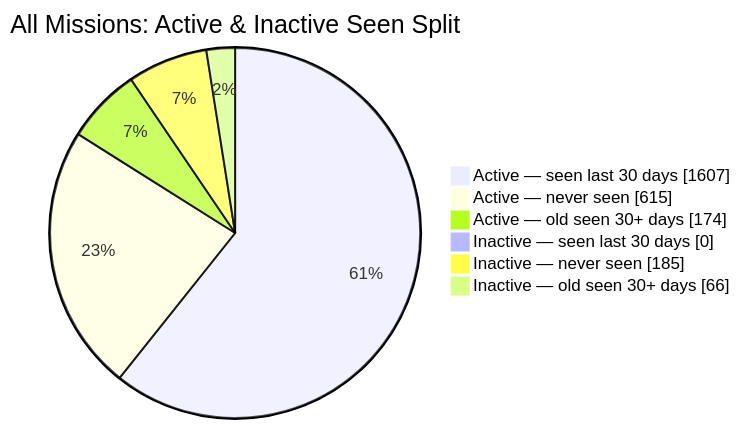
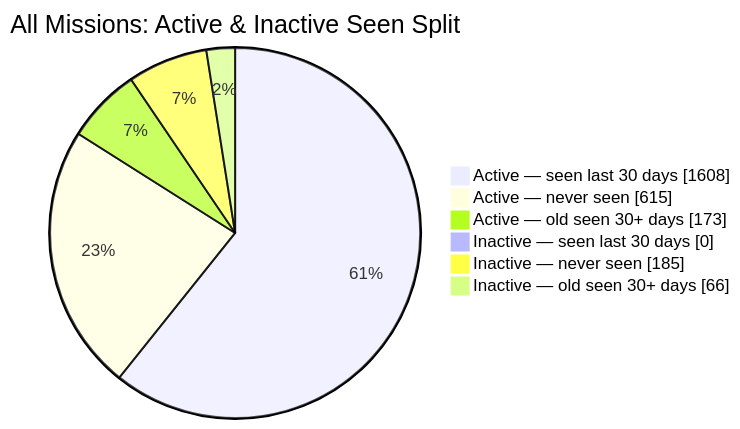
Before and after one commit to MeldkamerspelGameTeam/active-missions: the second of 2 diagrams in README.md, drawn with Mermaid. The commit also changed other lines of this file and 3 other files, not shown here.

````diff
--- a/README.md
+++ b/README.md
@@ -44,10 +44,10 @@
 ```mermaid
 pie showData
     title All Missions: Active & Inactive Seen Split
-    "Active — seen last 30 days" : 1607
+    "Active — seen last 30 days" : 1608
     "Active — never seen" : 615
-    "Active — old seen 30+ days" : 174
+    "Active — old seen 30+ days" : 173
     "Inactive — seen last 30 days" : 0
     "Inactive — never seen" : 185
     "Inactive — old seen 30+ days" : 66
 ```
````
